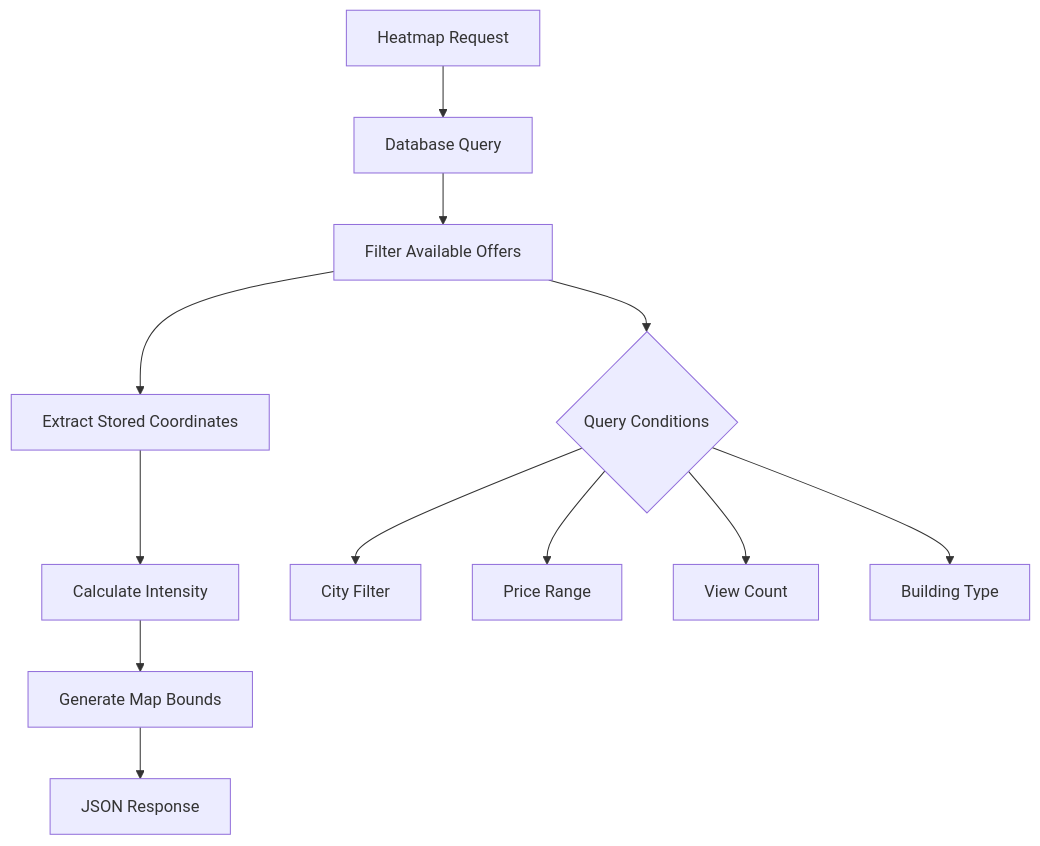
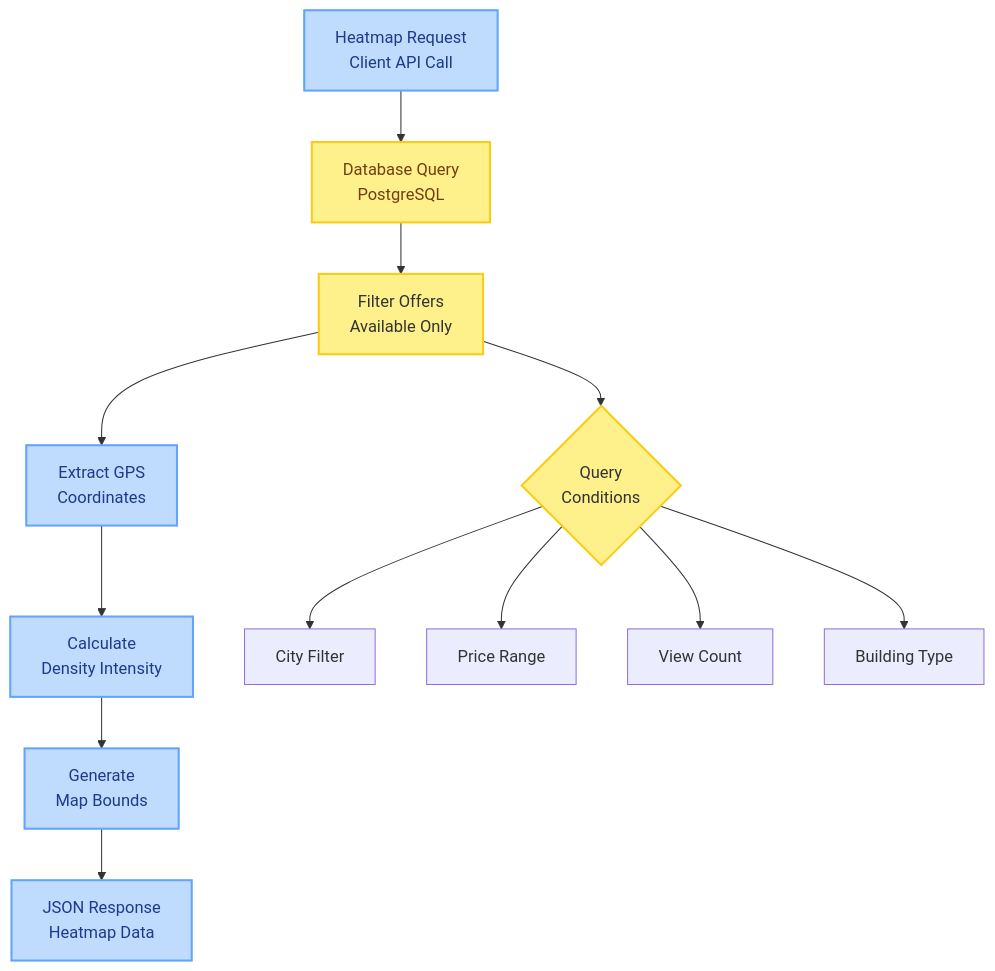
The seventh of 8 diagrams in README.md (Drake3001/Wakacyjne-Wyzwanie---backend-Mieszkaniownik), drawn with Mermaid before and after one commit. The commit also changed other lines of this file and 2 other files, not shown here.

````diff
--- a/README.md
+++ b/README.md
@@ -396,15 +549,40 @@
 ```mermaid
 flowchart TD
-    REQUEST[Heatmap Request] --> QUERY[Database Query]
-    QUERY --> FILTER[Filter Available Offers]
-    FILTER --> COORDS[Extract Stored Coordinates]
-    COORDS --> INTENSITY[Calculate Intensity]
-    INTENSITY --> BOUNDS[Generate Map Bounds]
-    BOUNDS --> RESPONSE[JSON Response]
+    %% Styling
+    classDef requestClass fill:#bfdbfe,stroke:#60a5fa,stroke-width:2px,color:#1e3a8a
+    classDef queryClass fill:#fef08a,stroke:#facc15,stroke-width:2px,color:#713f12
+    classDef processClass fill:#bfdbfe,stroke:#60a5fa,stroke-width:2px,color:#1e3a8a
+    classDef filterClass fill:#fef08a,stroke:#facc15,stroke-width:2px
+    classDef responseClass fill:#bfdbfe,stroke:#60a5fa,stroke-width:2px,color:#1e3a8a
 
-    FILTER --> CONDITIONS{Query Conditions}
-    CONDITIONS --> CITY[City Filter]
-    CONDITIONS --> PRICE[Price Range]
-    CONDITIONS --> VIEWS[View Count]
-    CONDITIONS --> TYPE[Building Type]
+    REQUEST[Heatmap Request<br/>Client API Call]
+    QUERY[Database Query<br/>PostgreSQL]
+    FILTER[Filter Offers<br/>Available Only]
+    COORDS[Extract GPS<br/>Coordinates]
+    INTENSITY[Calculate<br/>Density Intensity]
+    BOUNDS[Generate<br/>Map Bounds]
+    RESPONSE[JSON Response<br/>Heatmap Data]
+
+    CONDITIONS{Query<br/>Conditions}
+    CITY[City Filter]
+    PRICE[Price Range]
+    VIEWS[View Count]
+    TYPE[Building Type]
+
+    REQUEST --> QUERY
+    QUERY --> FILTER
+    FILTER --> COORDS
+    COORDS --> INTENSITY
+    INTENSITY --> BOUNDS
+    BOUNDS --> RESPONSE
+
+    FILTER --> CONDITIONS
+    CONDITIONS --> CITY & PRICE & VIEWS & TYPE
+
+    %% Apply styles
+    class REQUEST requestClass
+    class QUERY queryClass
+    class FILTER,CONDITIONS filterClass
+    class COORDS,INTENSITY,BOUNDS processClass
+    class RESPONSE responseClass
 ```
````
